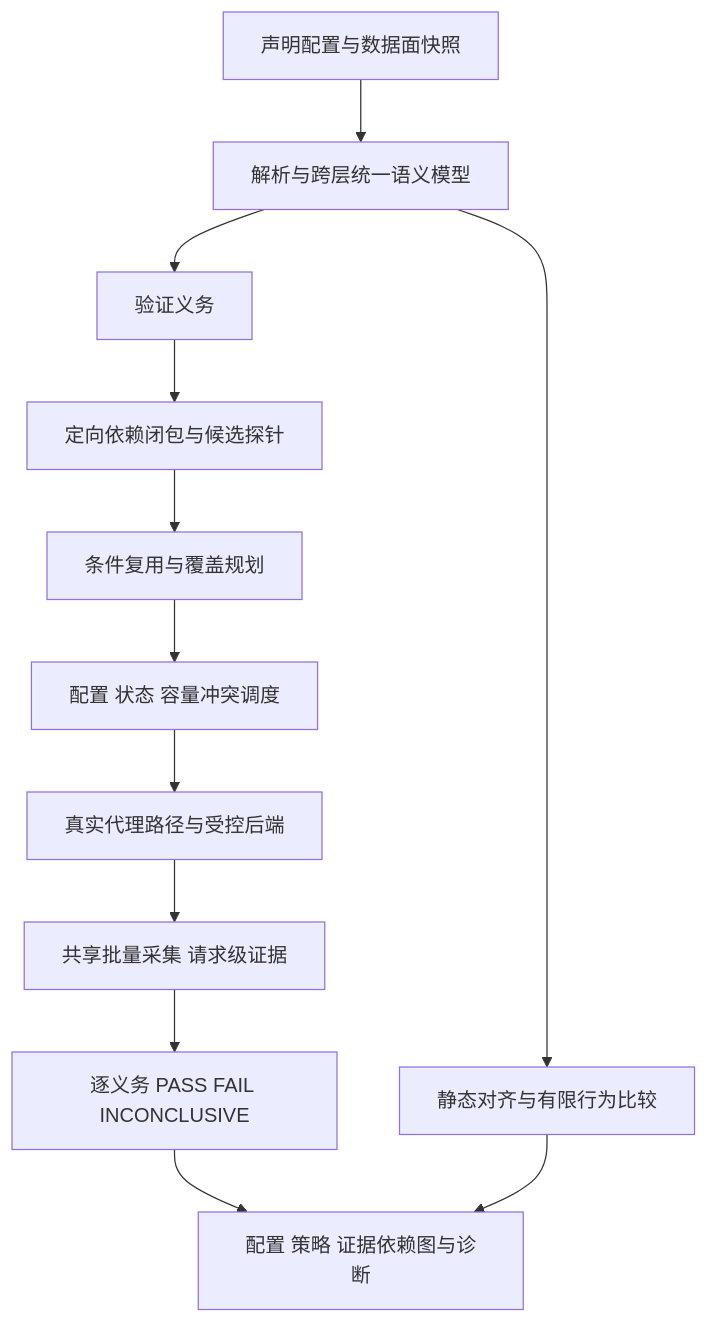
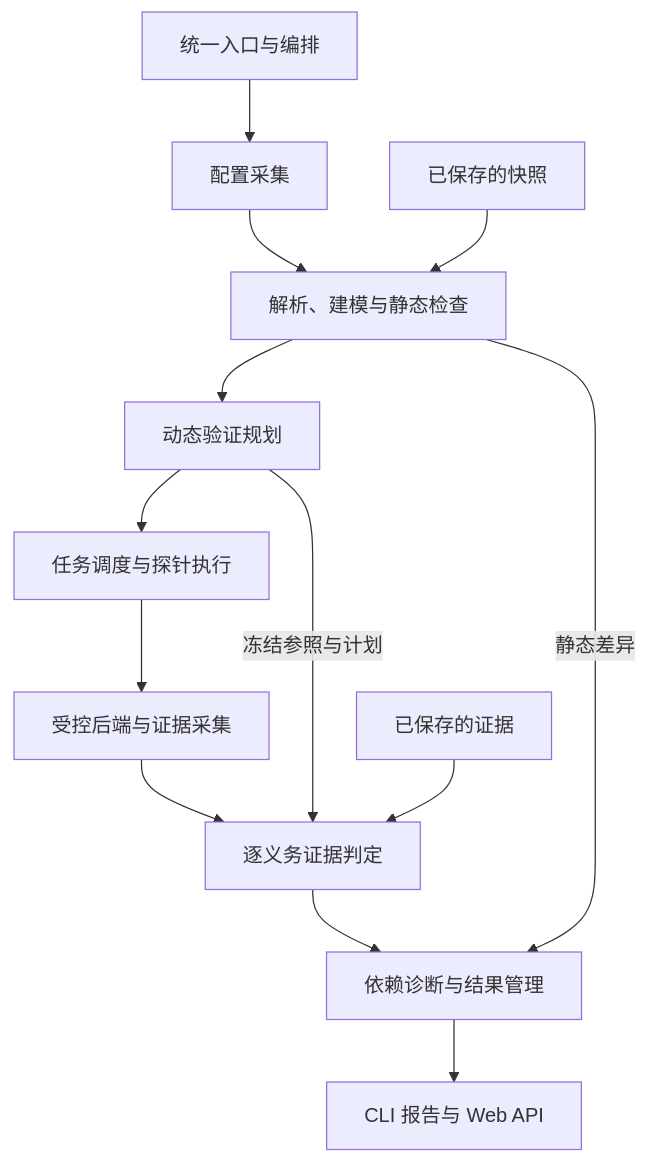
The first of 3 diagrams in README.md (zzz-cx/Meshscope), drawn with Mermaid before and after one commit. The commit also changed other lines of this file, not shown here.

````diff
--- a/README.md
+++ b/README.md
@@ -9,14 +11,15 @@
 ```mermaid
 flowchart TD
-    A[声明配置与数据面快照] --> B[解析与跨层统一语义模型]
-    B --> C[静态对齐与有限行为比较]
-    B --> D[验证义务]
-    D --> E[定向依赖闭包与候选探针]
-    E --> F[条件复用与覆盖规划]
-    F --> G[配置 状态 容量冲突调度]
-    G --> H[真实代理路径与受控后端]
-    H --> I[共享批量采集 请求级证据]
-    I --> J[逐义务 PASS FAIL INCONCLUSIVE]
-    J --> K[配置 策略 证据依赖图与诊断]
-    C --> K
+    A[统一入口与编排] --> B[配置采集]
+    B --> C[解析、建模与静态检查]
+    C --> D[动态验证规划]
+    D --> E[任务调度与探针执行]
+    E --> F[受控后端与证据采集]
+    F --> G[逐义务证据判定]
+    G --> H[依赖诊断与结果管理]
+    C -->|静态差异| H
+    D -->|冻结参照与计划| G
+    I[已保存的快照] --> C
+    J[已保存的证据] --> G
+    H --> K[CLI 报告与 Web API]
 ```
````
